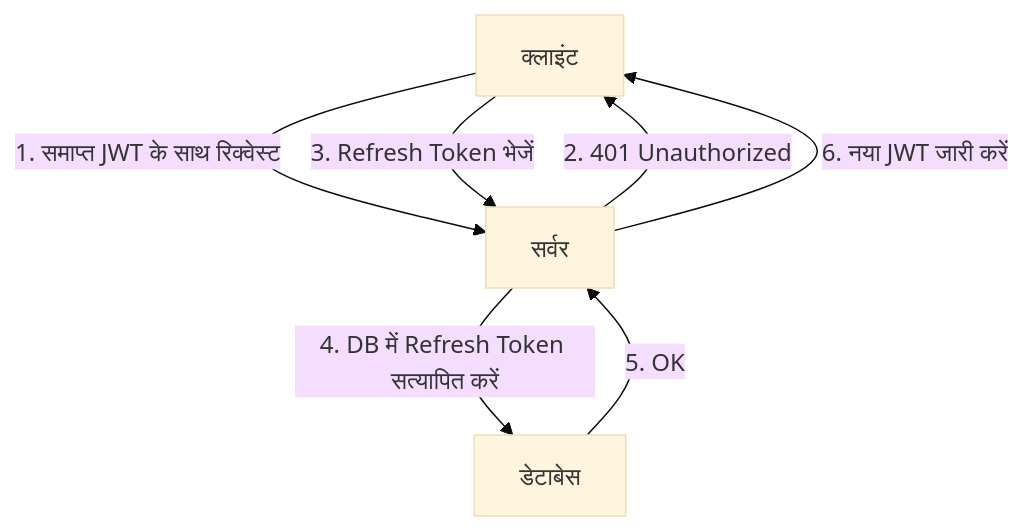
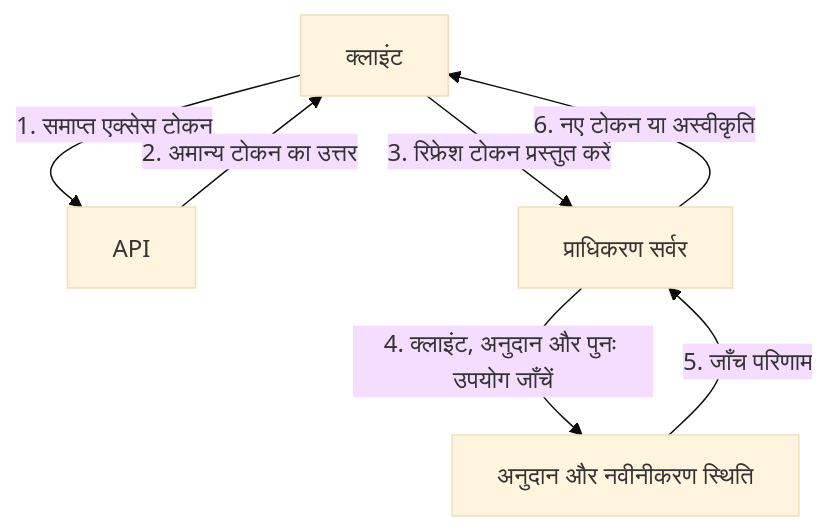
Before and after one commit to kenjinote/blog: the third of 3 diagrams in content/post/jwt-json-web-token-security-risks/index.hi.md, drawn with Mermaid (base theme). The commit also changed other lines of this file and 7 other files, not shown here.

````diff
--- a/content/post/jwt-json-web-token-security-risks/index.hi.md
+++ b/content/post/jwt-json-web-token-security-risks/index.hi.md
@@ -103,9 +84,9 @@
 ```mermaid
 graph TD
-    A["क्लाइंट"] -- "1. समाप्त JWT के साथ रिक्वेस्ट" --> B["सर्वर"]
-    B -- "2. 401 Unauthorized" --> A
-    A -- "3. Refresh Token भेजें" --> B
-    B -- "4. DB में Refresh Token सत्यापित करें" --> C["डेटाबेस"]
-    C -- "5. OK" --> B
-    B -- "6. नया JWT जारी करें" --> A
+    A["क्लाइंट"] -- "1. समाप्त एक्सेस टोकन" --> B["API"]
+    B -- "2. अमान्य टोकन का उत्तर" --> A
+    A -- "3. रिफ्रेश टोकन प्रस्तुत करें" --> C["प्राधिकरण सर्वर"]
+    C -- "4. क्लाइंट, अनुदान और पुनः उपयोग जाँचें" --> D["अनुदान और नवीनीकरण स्थिति"]
+    D -- "5. जाँच परिणाम" --> C
+    C -- "6. नए टोकन या अस्वीकृति" --> A
 ```
````
